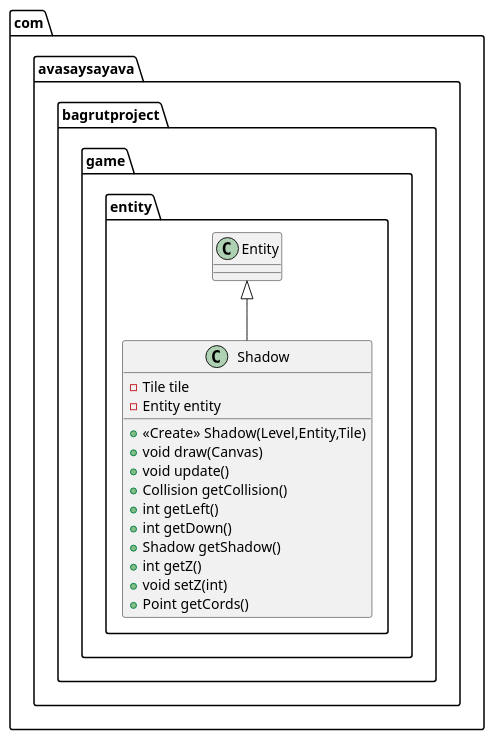
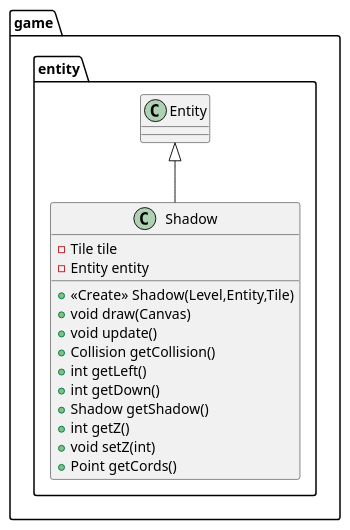
The diagram in ProjectApp/app/src/main/java/com/avasaysayava/bagrutproject/game/entity/Shadow.puml (Avasay-Sayava/BagrutProject), drawn with PlantUML before and after one commit. The commit also changed 41 other files, not shown here.

```diff
--- a/ProjectApp/app/src/main/java/com/avasaysayava/bagrutproject/game/entity/Shadow.puml
+++ b/ProjectApp/app/src/main/java/com/avasaysayava/bagrutproject/game/entity/Shadow.puml
@@ -1,21 +1,21 @@
 @startuml
-class com.avasaysayava.bagrutproject.game.entity.Shadow {
+class game.entity.Shadow {
 - Tile tile
 - Entity entity
 + <<Create>> Shadow(Level,Entity,Tile)
 + void draw(Canvas)
 + void update()
 + Collision getCollision()
 + int getLeft()
 + int getDown()
 + Shadow getShadow()
 + int getZ()
 + void setZ(int)
 + Point getCords()
 }
 
 
 
 
-com.avasaysayava.bagrutproject.game.entity.Entity <|-- com.avasaysayava.bagrutproject.game.entity.Shadow
+game.entity.Entity <|-- game.entity.Shadow
 @enduml
```
